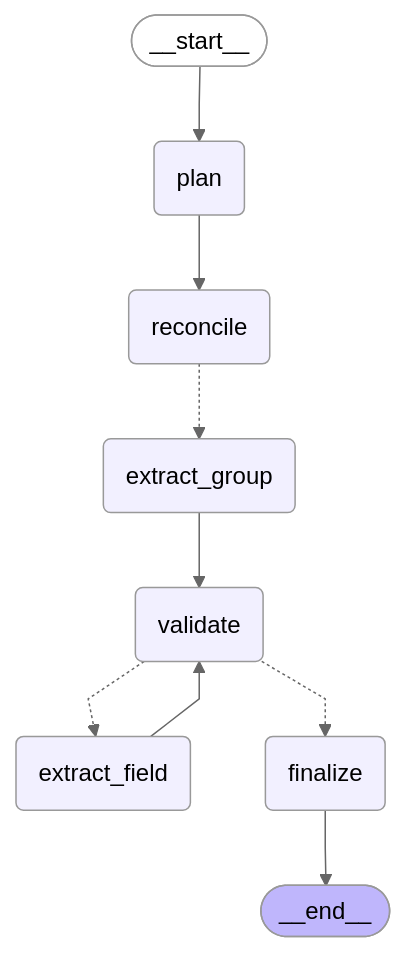
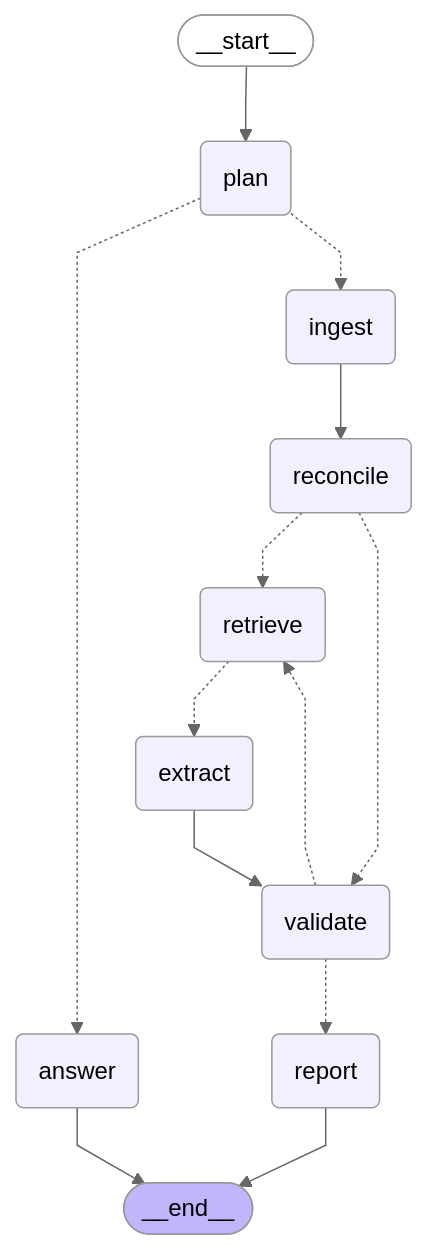
One commit to PriyanshuGeTRekT/rfp-intelligence changed the diagram in docs/agent_graph.mmd. Above: the diagram before and after it, drawn with Mermaid (neutral theme). The commit also changed other lines of this file and 155 other files, not shown here.

```diff
--- a/docs/agent_graph.mmd
+++ b/docs/agent_graph.mmd
@@ -1,25 +1,31 @@
 ---
 config:
   flowchart:
     curve: linear
 ---
 graph TD;
 	__start__([<p>__start__</p>]):::first
 	plan(plan)
+	ingest(ingest)
 	reconcile(reconcile)
-	extract_group(extract_group)
-	extract_field(extract_field)
+	extract(extract)
 	validate(validate)
-	finalize(finalize)
+	report(report)
+	answer(answer)
+	retrieve(retrieve)
 	__end__([<p>__end__</p>]):::last
 	__start__ --> plan;
-	extract_field --> validate;
-	extract_group --> validate;
-	plan --> reconcile;
-	reconcile -.-> extract_group;
-	validate -.-> extract_field;
-	validate -.-> finalize;
-	finalize --> __end__;
+	extract --> validate;
+	ingest --> reconcile;
+	plan -.-> answer;
+	plan -.-> ingest;
+	reconcile -.-> retrieve;
+	reconcile -.-> validate;
+	retrieve -.-> extract;
+	validate -.-> report;
+	validate -.-> retrieve;
+	answer --> __end__;
+	report --> __end__;
 	classDef default fill:#f2f0ff,line-height:1.2
 	classDef first fill-opacity:0
 	classDef last fill:#bfb6fc
```
